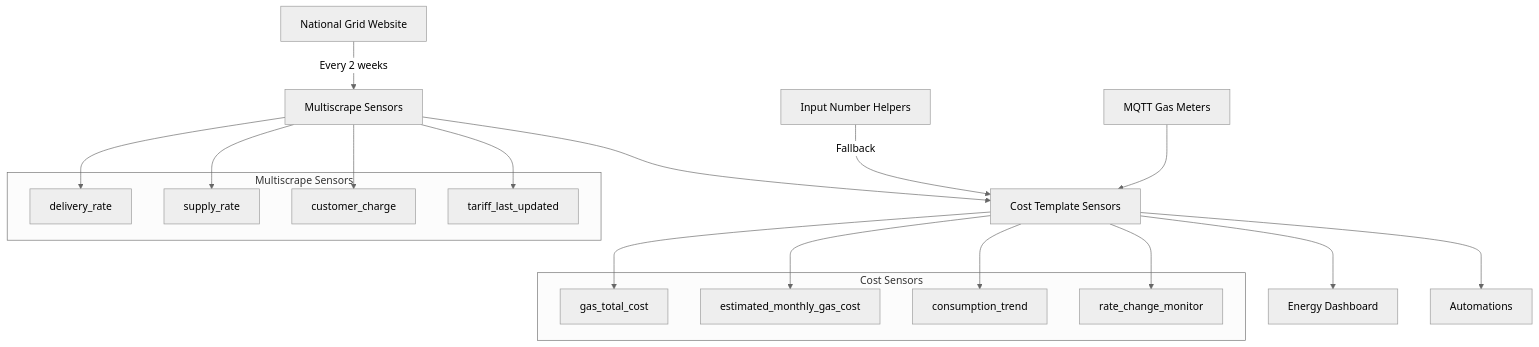
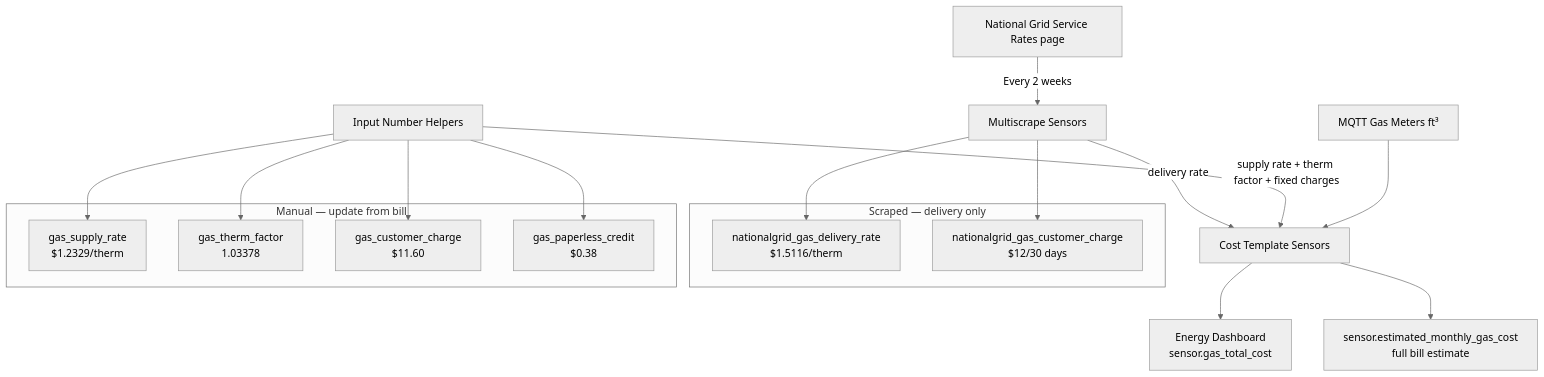
The diagram in integrations/README.md (KB1RMA/home-assistant-config), drawn with Mermaid (neutral theme) before and after one commit. The commit also changed other lines of this file and 10 other files, not shown here.

Commit message:
feat: realistic natural gas billing calculation and dashboard

````diff
--- a/integrations/README.md
+++ b/integrations/README.md
@@ -31,33 +73,28 @@
 ```mermaid
 graph TD
-    A[National Grid Website] -->|Every 2 weeks| B[Multiscrape Sensors]
-    B --> C[Cost Template Sensors]
-    D[Input Number Helpers] -->|Fallback| C
-    E[MQTT Gas Meters] --> C
-    C --> F[Energy Dashboard]
-    C --> G[Automations]
-    
-    subgraph "Multiscrape Sensors"
-        B1[delivery_rate]
-        B2[supply_rate] 
-        B3[customer_charge]
-        B4[tariff_last_updated]
+    A[National Grid Service Rates page] -->|Every 2 weeks| B[Multiscrape Sensors]
+    B -->|delivery rate| C[Cost Template Sensors]
+    D[Input Number Helpers] -->|supply rate + therm factor + fixed charges| C
+    E[MQTT Gas Meters ft³] --> C
+    C --> F[Energy Dashboard\nsensor.gas_total_cost]
+    C --> G[sensor.estimated_monthly_gas_cost\nfull bill estimate]
+
+    subgraph "Scraped — delivery only"
+        B1[nationalgrid_gas_delivery_rate\n$1.5116/therm]
+        B2[nationalgrid_gas_customer_charge\n$12/30 days]
     end
-    
-    subgraph "Cost Sensors"
-        C1[gas_total_cost]
-        C2[estimated_monthly_gas_cost]
-        C3[consumption_trend]
-        C4[rate_change_monitor]
+
+    subgraph "Manual — update from bill"
+        D1[gas_supply_rate\n$1.2329/therm]
+        D2[gas_therm_factor\n1.03378]
+        D3[gas_customer_charge\n$11.60]
+        D4[gas_paperless_credit\n$0.38]
     end
-    
+
     B --> B1
     B --> B2
-    B --> B3
-    B --> B4
-    
-    C --> C1
-    C --> C2
-    C --> C3
-    C --> C4
+    D --> D1
+    D --> D2
+    D --> D3
+    D --> D4
 ```
````
